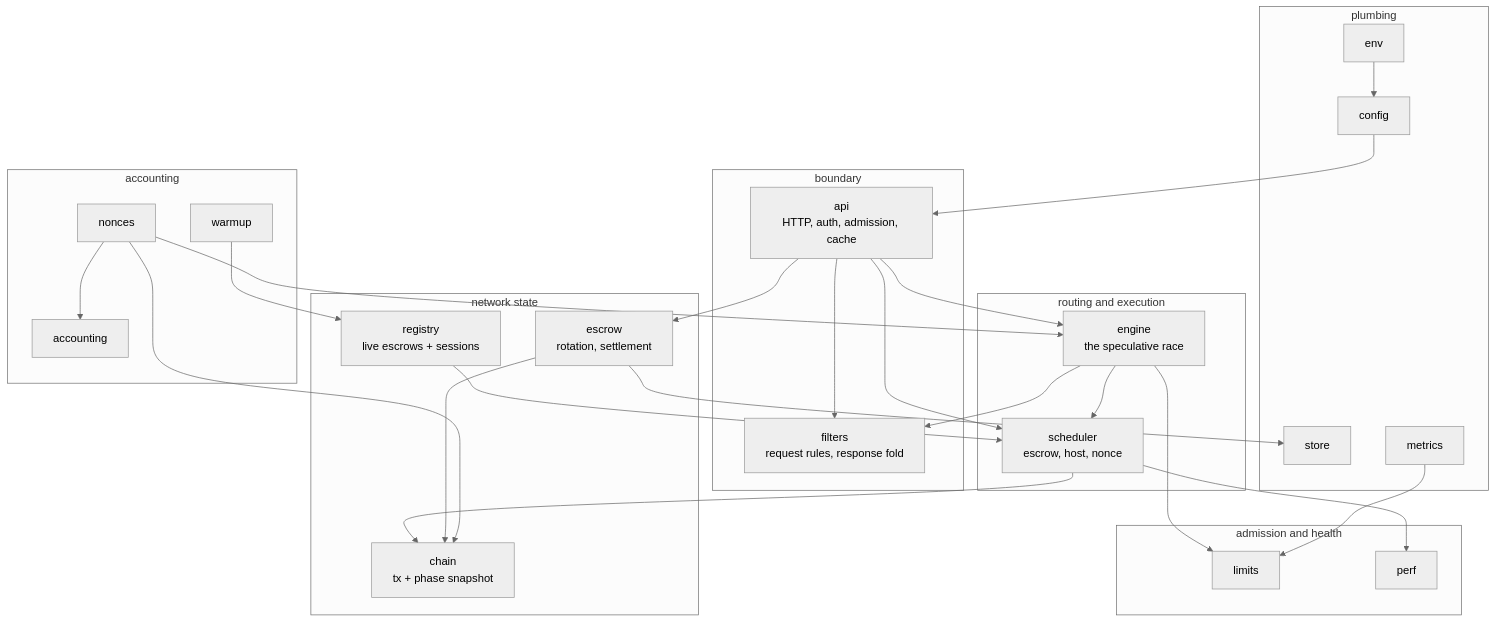
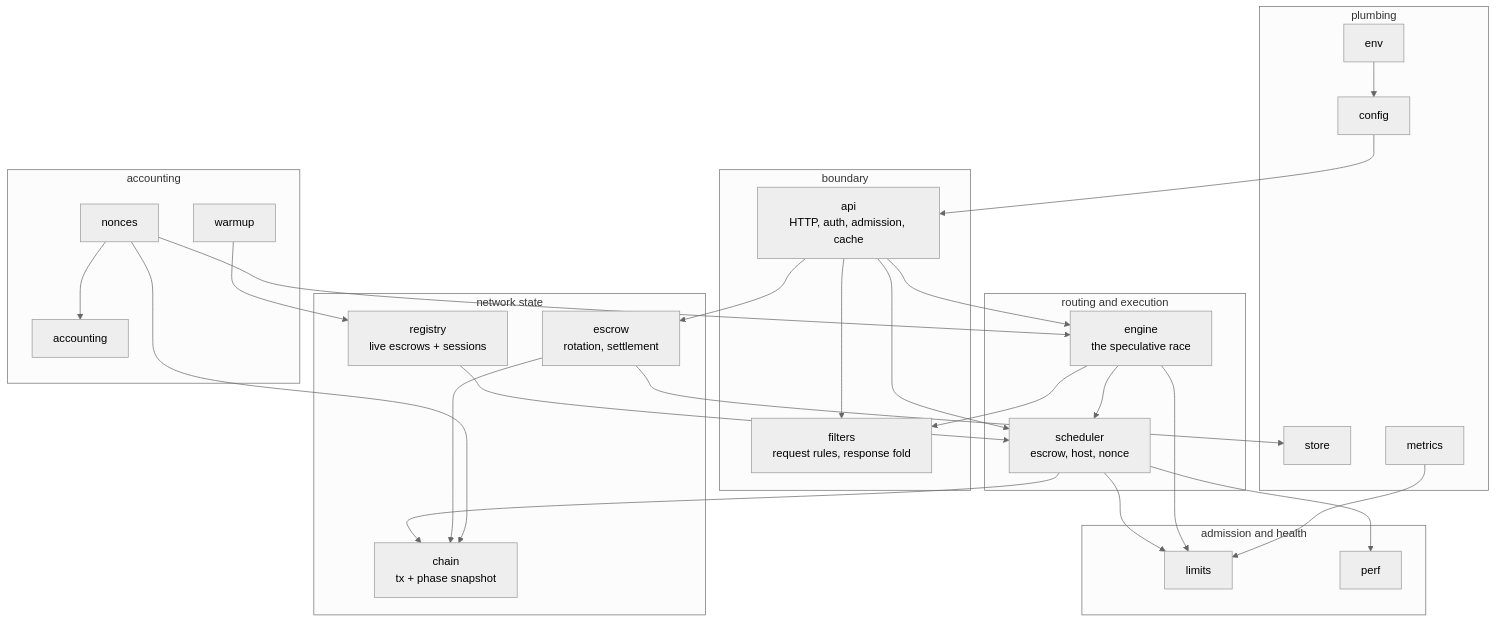
Before and after one commit to qdanik/gonka: the first of 3 diagrams in devshard/cmd/gateway/docs/architecture.md, drawn with Mermaid (neutral theme). The commit also changed 21 other files, not shown here.

````diff
--- a/devshard/cmd/gateway/docs/architecture.md
+++ b/devshard/cmd/gateway/docs/architecture.md
@@ -15,51 +15,52 @@
 ```mermaid
 graph TD
     subgraph boundary["boundary"]
         API["api<br/>HTTP, auth, admission, cache"]
         FIL["filters<br/>request rules, response fold"]
     end
     subgraph routing["routing and execution"]
         SCH["scheduler<br/>escrow, host, nonce"]
         ENG["engine<br/>the speculative race"]
     end
     subgraph state["network state"]
         REG["registry<br/>live escrows + sessions"]
         ESC["escrow<br/>rotation, settlement"]
         CHN["chain<br/>tx + phase snapshot"]
     end
     subgraph health["admission and health"]
         LIM["limits"]
         PRF["perf"]
     end
     subgraph ledger["accounting"]
         NON["nonces"]
         ACC["accounting"]
         WRM["warmup"]
     end
     subgraph plumbing["plumbing"]
         CFG["config"]
         ENV["env"]
         STO["store"]
         MET["metrics"]
     end
 
     API --> FIL
     API --> SCH
     API --> ENG
     API --> ESC
     ENG --> SCH
+    SCH --> LIM
     SCH --> PRF
     SCH --> CHN
     ENG --> LIM
     ENG --> FIL
     REG --> SCH
     ESC --> CHN
     ESC --> STO
     NON --> ACC
     NON --> ENG
     NON --> CHN
     WRM --> REG
     ENV --> CFG
     CFG --> API
     MET --> LIM
 ```
````
